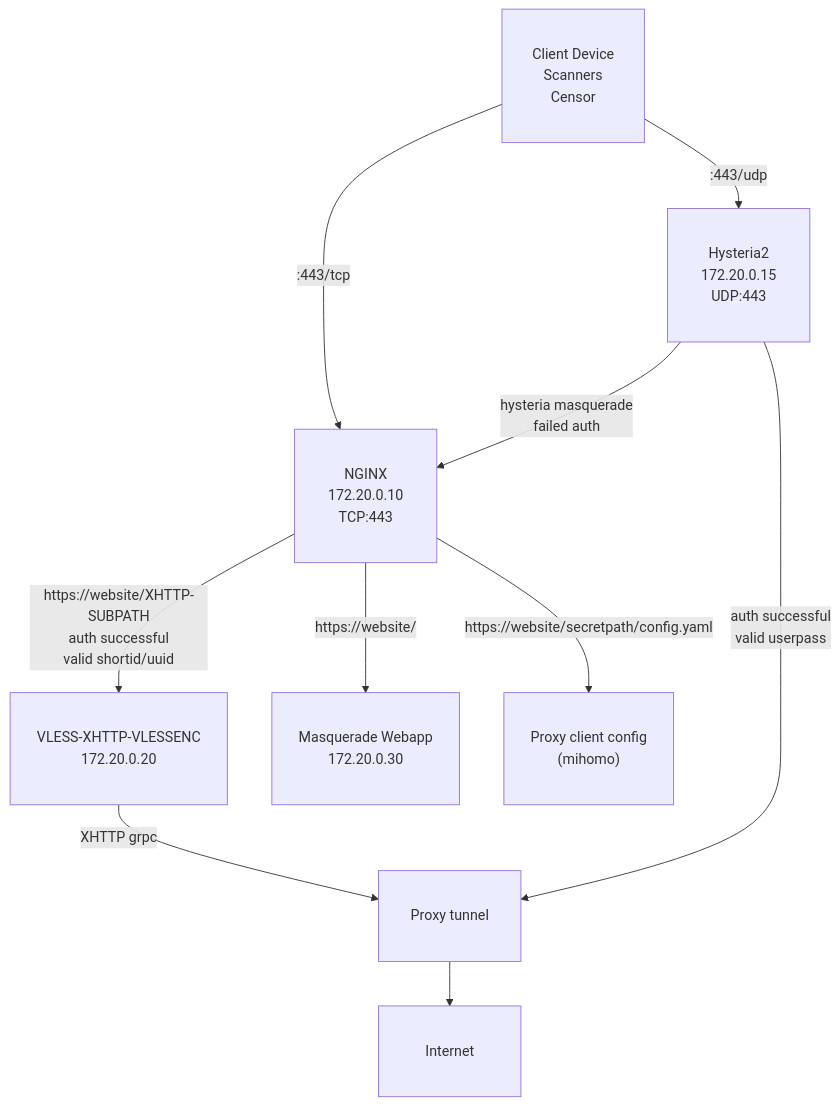
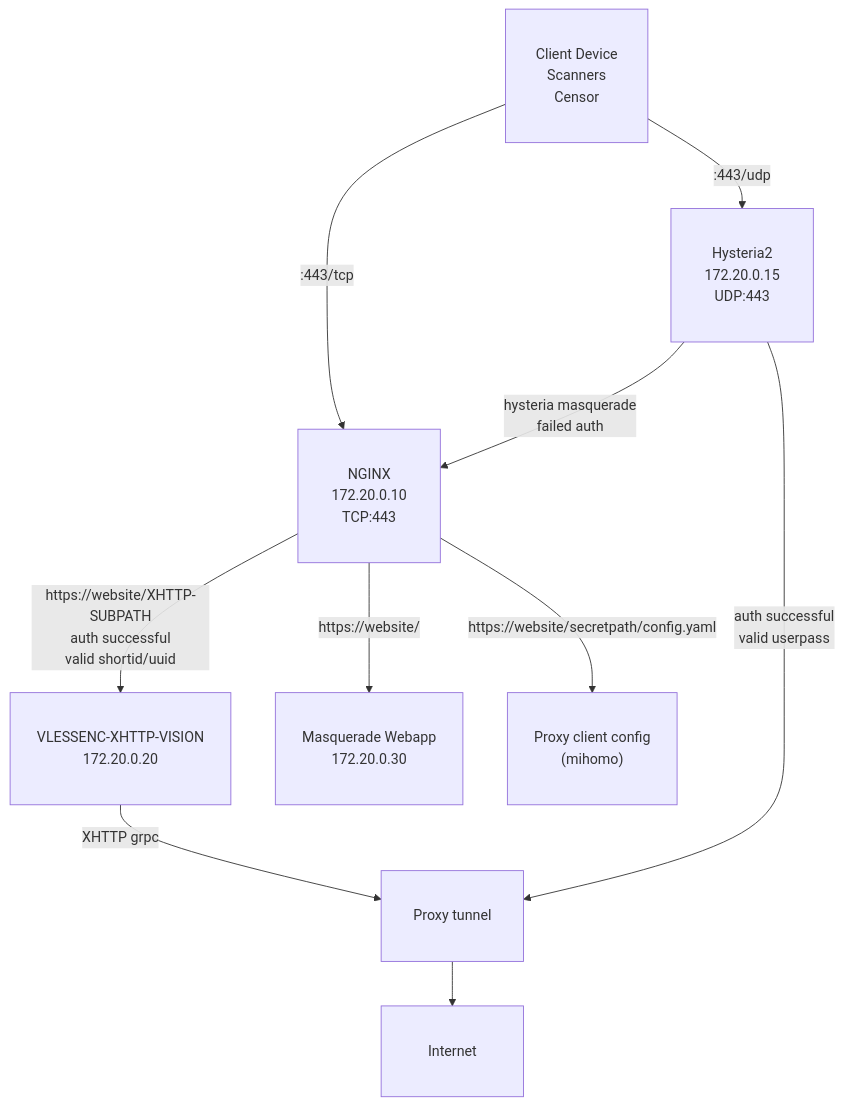
Before and after one commit to vargalott/cheburnet: the second of 2 diagrams in README.md, drawn with Mermaid. The commit also changed other lines of this file, not shown here.

````diff
--- a/README.md
+++ b/README.md
@@ -101,31 +107,31 @@
 ```mermaid
 flowchart TD
   classDef wide padding:100px
 
   %% Blocks
   CLIENT["Client Device\nScanners\nCensor"]:::wide
 
   NGINX-TCP443["NGINX\n172.20.0.10\nTCP:443"]:::wide
   HYSTERIA-UDP443["Hysteria2\n172.20.0.15\nUDP:443"]:::wide
-  PROXY-CORE["VLESS-XHTTP-VLESSENC\n172.20.0.20"]:::wide
+  PROXY-CORE["VLESSENC-XHTTP-VISION\n172.20.0.20"]:::wide
 
   MASQ["Masquerade Webapp\n172.20.0.30"]:::wide
   CONFIG["Proxy client config\n(mihomo)"]:::wide
 
   TUNNEL["Proxy tunnel"]:::wide
   INTERNET["Internet"]:::wide
 
   %% Flows
   CLIENT -->|:443/tcp| NGINX-TCP443
   CLIENT -->|:443/udp| HYSTERIA-UDP443
 
   NGINX-TCP443 -->|https://website/XHTTP-SUBPATH\nauth successful\nvalid shortid/uuid| PROXY-CORE
   PROXY-CORE -->|XHTTP grpc| TUNNEL
   HYSTERIA-UDP443 -->|auth successful\nvalid userpass| TUNNEL
   HYSTERIA-UDP443 -->|hysteria masquerade\nfailed auth| NGINX-TCP443
 
   NGINX-TCP443 -->|https://website/| MASQ
   NGINX-TCP443 -->|https://website/secretpath/config.yaml| CONFIG
 
   TUNNEL --> INTERNET
 ```
````
